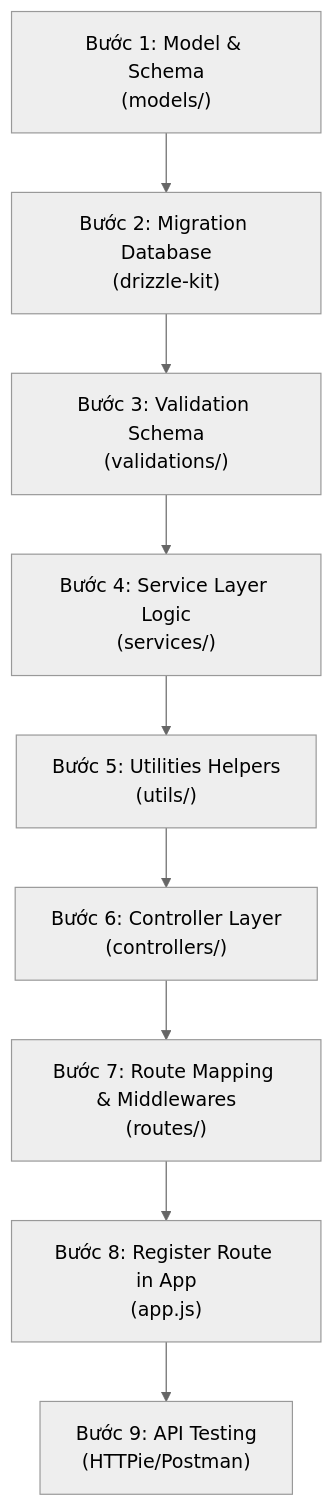
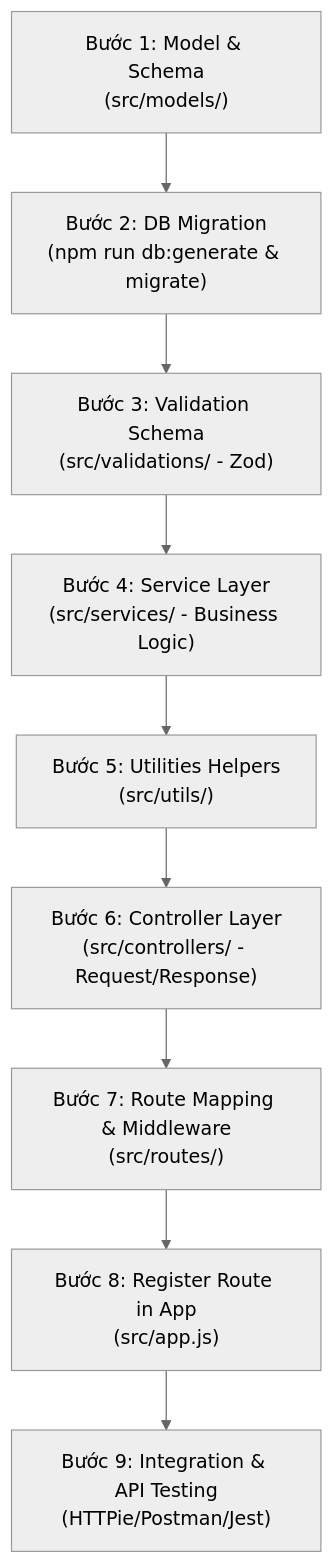
Before and after one commit to giaphu39/acquisitions: the fourth of 4 diagrams in Learning_Demo.md, drawn with Mermaid (neutral theme). The commit also changed other lines of this file and 63 other files, not shown here.

Commit message:
feat: implement core application modules including logging, security middleware, and cookie utilities with full test coverage reports

````diff
--- a/Learning_Demo.md
+++ b/Learning_Demo.md
@@ -241,11 +545,11 @@
 ```mermaid
 graph TD
-    A["Bước 1: Model & Schema<br>(models/)"] --> B["Bước 2: Migration Database<br>(drizzle-kit)"]
-    B --> C["Bước 3: Validation Schema<br>(validations/)"]
-    C --> D["Bước 4: Service Layer Logic<br>(services/)"]
-    D --> E["Bước 5: Utilities Helpers<br>(utils/)"]
-    E --> F["Bước 6: Controller Layer<br>(controllers/)"]
-    F --> G["Bước 7: Route Mapping & Middlewares<br>(routes/)"]
-    G --> H["Bước 8: Register Route in App<br>(app.js)"]
-    H --> I["Bước 9: API Testing<br>(HTTPie/Postman)"]
+    A["Bước 1: Model & Schema<br>(src/models/)"] --> B["Bước 2: DB Migration<br>(npm run db:generate & migrate)"]
+    B --> C["Bước 3: Validation Schema<br>(src/validations/ - Zod)"]
+    C --> D["Bước 4: Service Layer<br>(src/services/ - Business Logic)"]
+    D --> E["Bước 5: Utilities Helpers<br>(src/utils/)"]
+    E --> F["Bước 6: Controller Layer<br>(src/controllers/ - Request/Response)"]
+    F --> G["Bước 7: Route Mapping & Middleware<br>(src/routes/)"]
+    G --> H["Bước 8: Register Route in App<br>(src/app.js)"]
+    H --> I["Bước 9: Integration & API Testing<br>(HTTPie/Postman/Jest)"]
 ```
````
